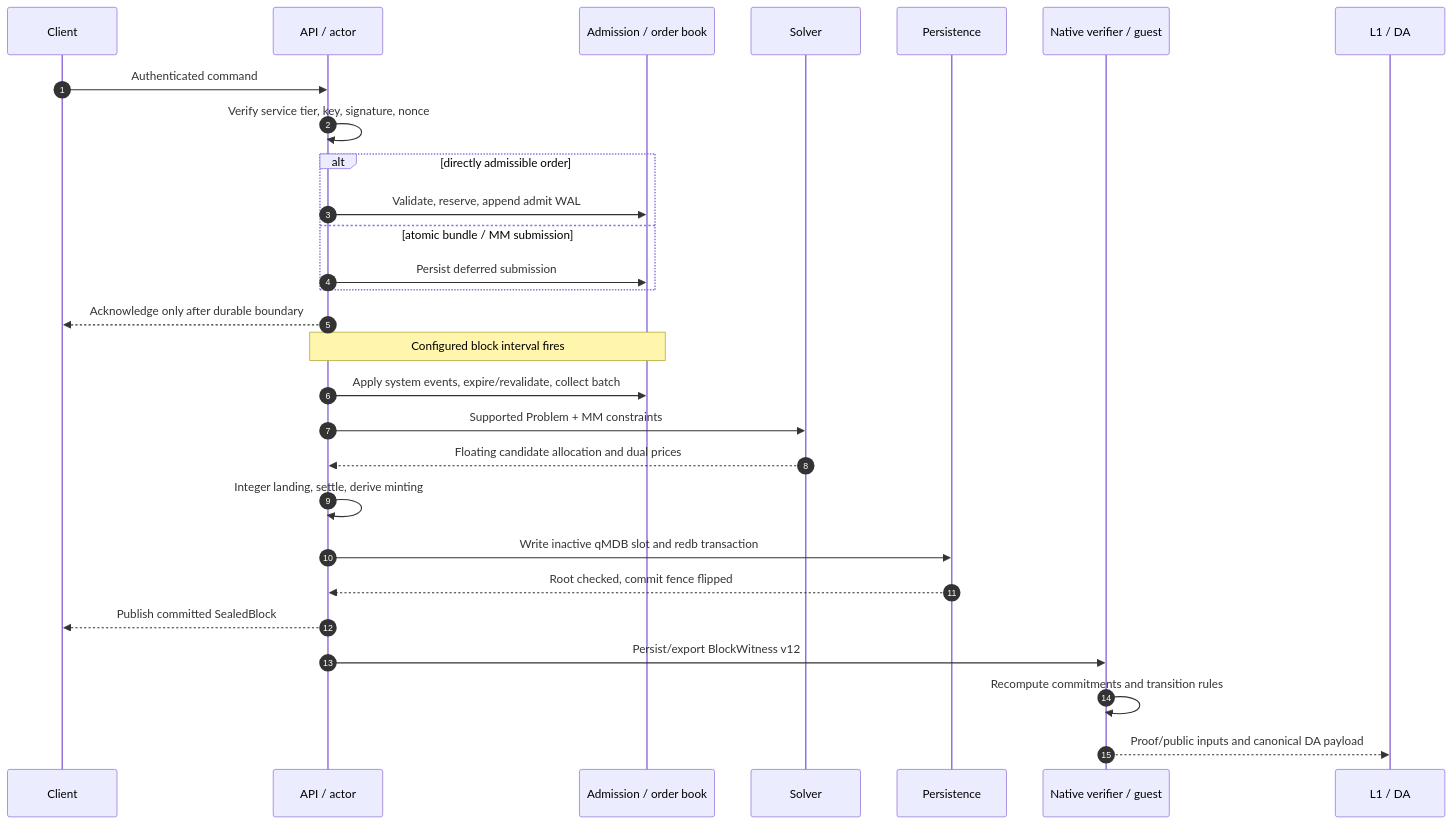
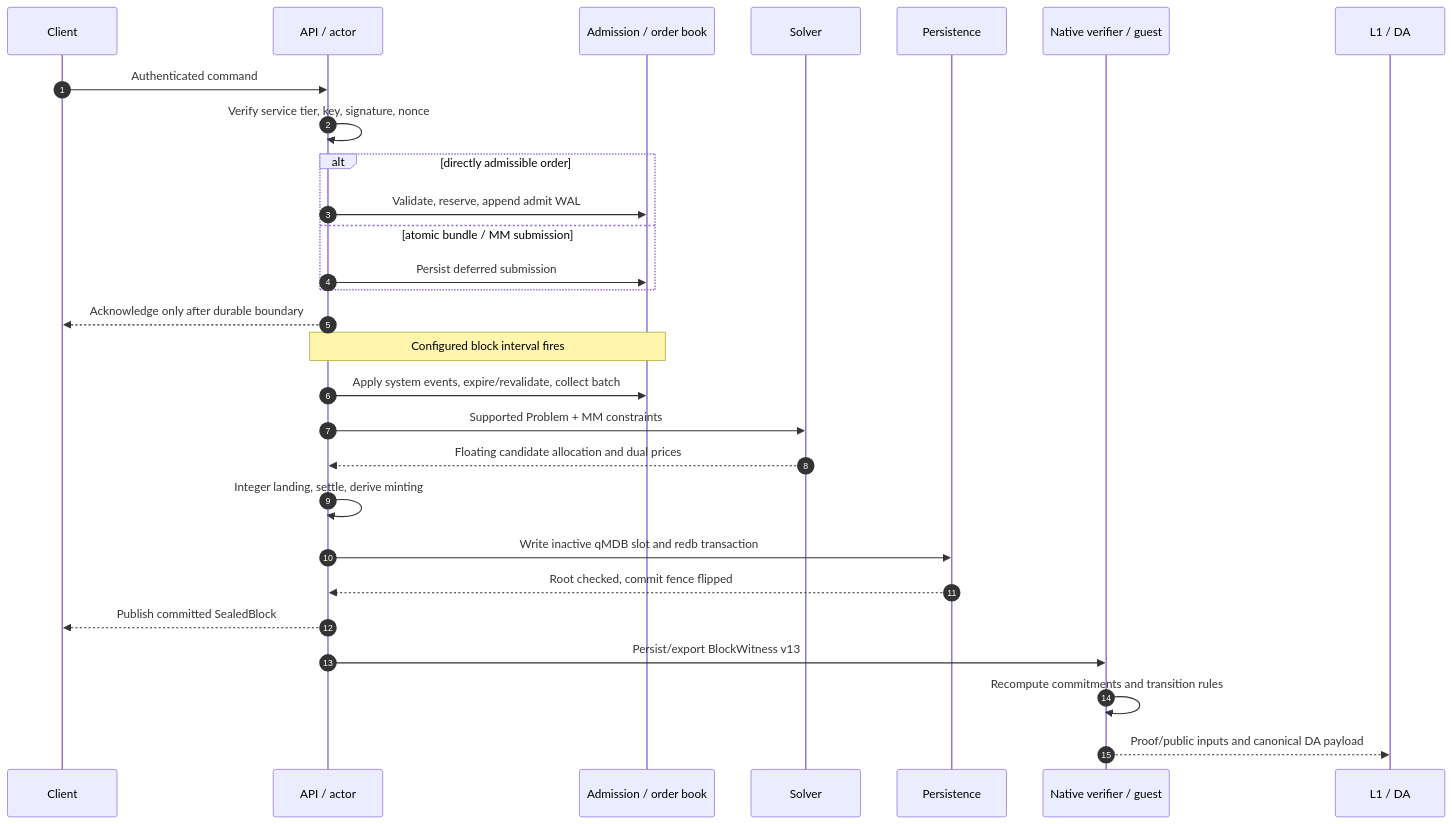
One commit to MetaB0y/sybil changed the second of 2 diagrams in docs/architecture/Sybil Architecture.md. Above: the diagram before and after it, drawn with Mermaid. The commit also changed other lines of this file and 69 other files, not shown here.

````diff
--- a/docs/architecture/Sybil Architecture.md
+++ b/docs/architecture/Sybil Architecture.md
@@ -84,32 +84,32 @@
 ```mermaid
 sequenceDiagram
     autonumber
     participant C as Client
     participant A as API / actor
     participant O as Admission / order book
     participant S as Solver
     participant P as Persistence
     participant V as Native verifier / guest
     participant L as L1 / DA
 
     C->>A: Authenticated command
     A->>A: Verify service tier, key, signature, nonce
     alt directly admissible order
         A->>O: Validate, reserve, append admit WAL
     else atomic bundle / MM submission
         A->>O: Persist deferred submission
     end
     A-->>C: Acknowledge only after durable boundary
 
     Note over A,O: Configured block interval fires
     A->>O: Apply system events, expire/revalidate, collect batch
     A->>S: Supported Problem + MM constraints
     S-->>A: Floating candidate allocation and dual prices
     A->>A: Integer landing, settle, derive minting
     A->>P: Write inactive qMDB slot and redb transaction
     P-->>A: Root checked, commit fence flipped
     A-->>C: Publish committed SealedBlock
-    A->>V: Persist/export BlockWitness v12
+    A->>V: Persist/export BlockWitness v13
     V->>V: Recompute commitments and transition rules
     V-->>L: Proof/public inputs and canonical DA payload
 ```
````
